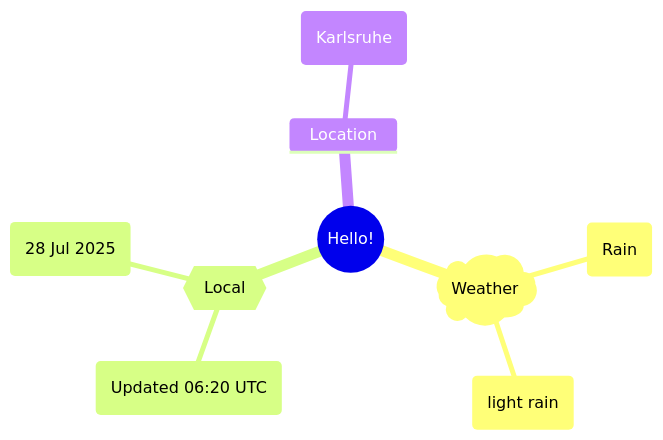
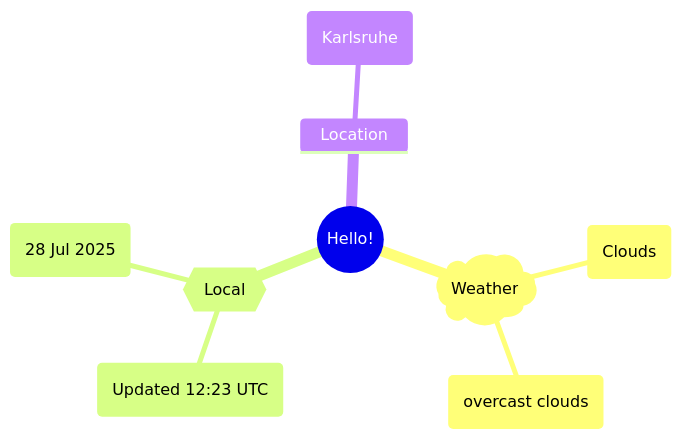
One commit to Xosrov/Xosrov changed the first of 2 diagrams in README.md. Above: the diagram before and after it, drawn with Mermaid.

Commit message:
[bot] updated images

````diff
--- a/README.md
+++ b/README.md
@@ -3,12 +3,12 @@
 ```mermaid
 mindmap
   root((Hello!))
     )Weather(
-        (Rain)
-        (light rain)
+        (Clouds)
+        (overcast clouds)
     {{Local}}
-        (Updated 06:20 UTC)
+        (Updated 12:23 UTC)
         (28 Jul 2025)
     Location
         (Karlsruhe)
 ```
````
